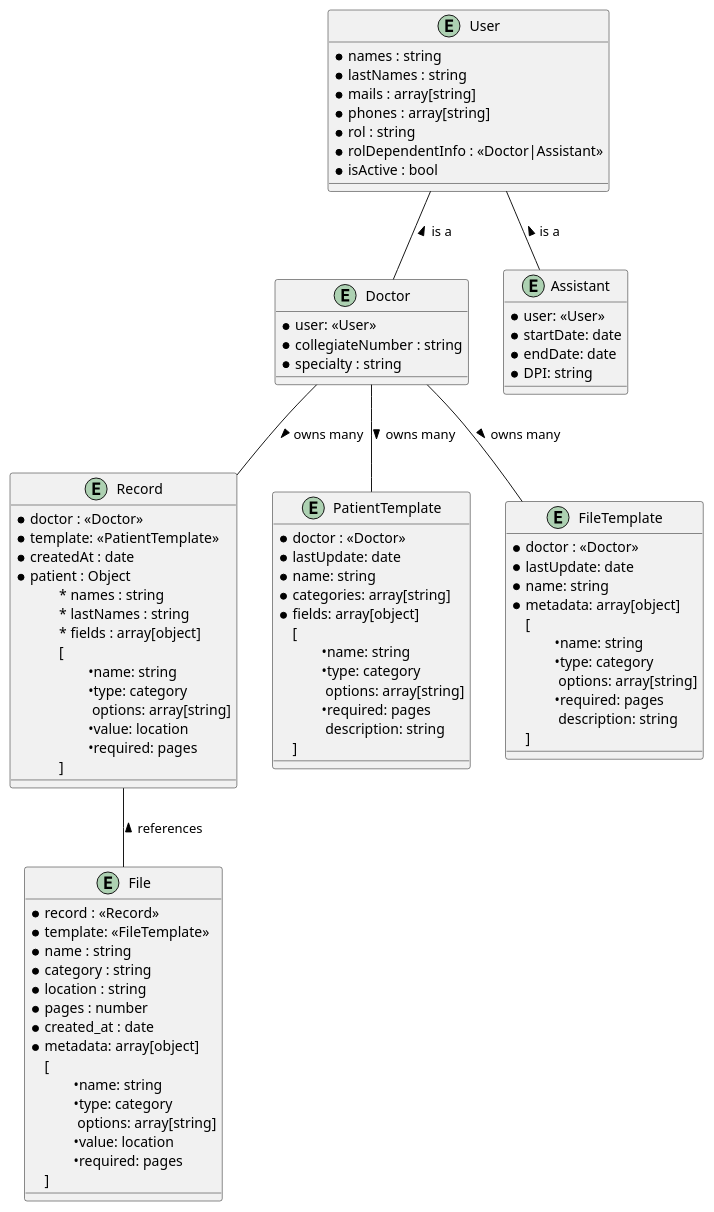
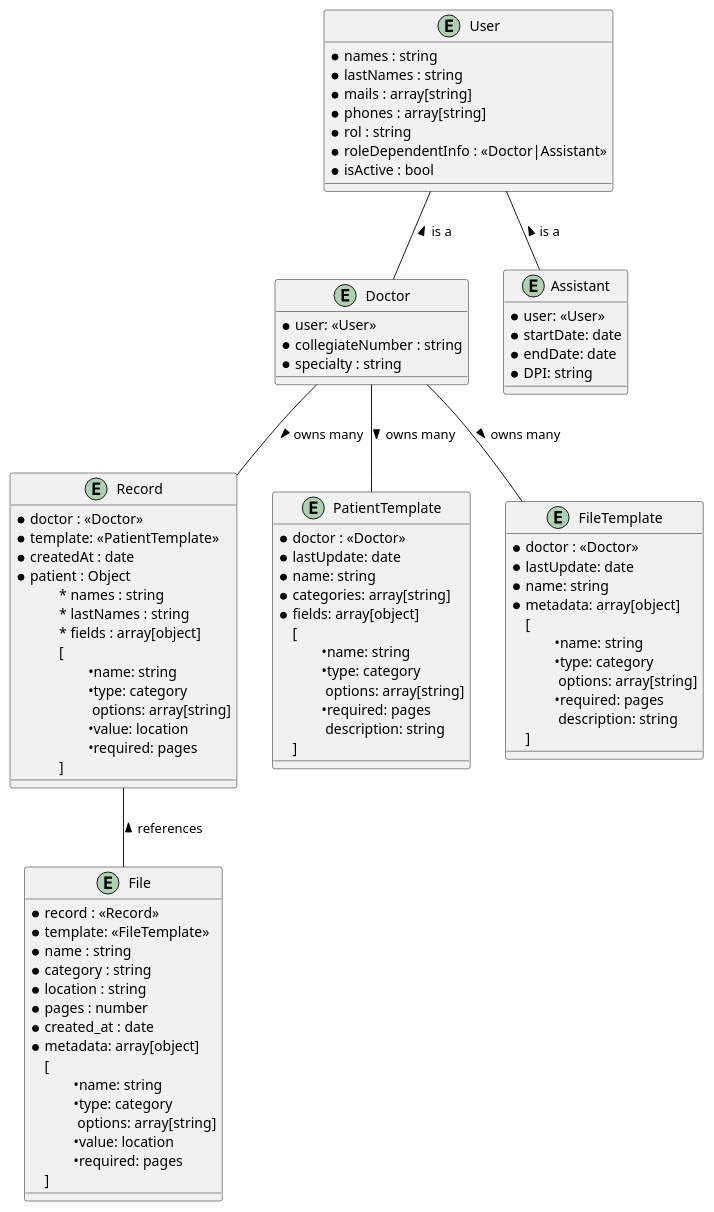
The diagram in Diagram/DB_Diagram.plantuml (TherapistTrack/TherapistTrack-DB), drawn with PlantUML before and after one commit. The commit also changed 2 other files, not shown here.

Commit message:
fix: spelling on User attributes (rolDependentInfo -> roleDependentInfo)

```diff
--- a/Diagram/DB_Diagram.plantuml
+++ b/Diagram/DB_Diagram.plantuml
@@ -1,100 +1,100 @@
 @startuml entity
 
 entity User {
     * names : string
     * lastNames : string
     * mails : array[string]
     * phones : array[string]
     * rol : string
-    * rolDependentInfo : <<Doctor|Assistant>>
+    * roleDependentInfo : <<Doctor|Assistant>>
     * isActive : bool
 }
 
 entity Doctor {
     * user: <<User>>
     * collegiateNumber : string
     * specialty : string
 }
 
 entity Assistant {
     * user: <<User>>
     * startDate: date
     * endDate: date
     * DPI: string
 }
 
 entity Record {
     * doctor : <<Doctor>>
     * template: <<PatientTemplate>> 
     * createdAt : date
     * patient : Object
     \t* names : string
     \t* lastNames : string
     \t* fields : array[object]
     \t[
         \t\t•name: string
         \t\t•type: category
         \t\t options: array[string]
         \t\t•value: location
         \t\t•required: pages
     \t]
     
 }
 
 entity PatientTemplate {
     * doctor : <<Doctor>>
     * lastUpdate: date
     * name: string
     * categories: array[string]
     * fields: array[object]
     [
         \t•name: string
         \t•type: category
         \t options: array[string]
         \t•required: pages
         \t description: string
     ]
 }
 
 entity FileTemplate {
     * doctor : <<Doctor>>
     * lastUpdate: date
     * name: string
     * metadata: array[object]
     [
         \t•name: string
         \t•type: category
         \t options: array[string]
         \t•required: pages
         \t description: string
     ]
 }
 
 entity File {
     * record : <<Record>>
     * template: <<FileTemplate>> 
     * name : string
     * category : string
     * location : string
     * pages : number
     * created_at : date
     * metadata: array[object]
     [
         \t•name: string
         \t•type: category
         \t options: array[string]
         \t•value: location
         \t•required: pages
     ]
 }
 
 User -d- Doctor : < is a
 User -d- Assistant : < is a
 
 Record -u- Doctor : < owns many
 Record -- File  : < references
 
 Doctor -- FileTemplate : > owns many 
 Doctor -- PatientTemplate : > owns many
 
 @enduml
```
